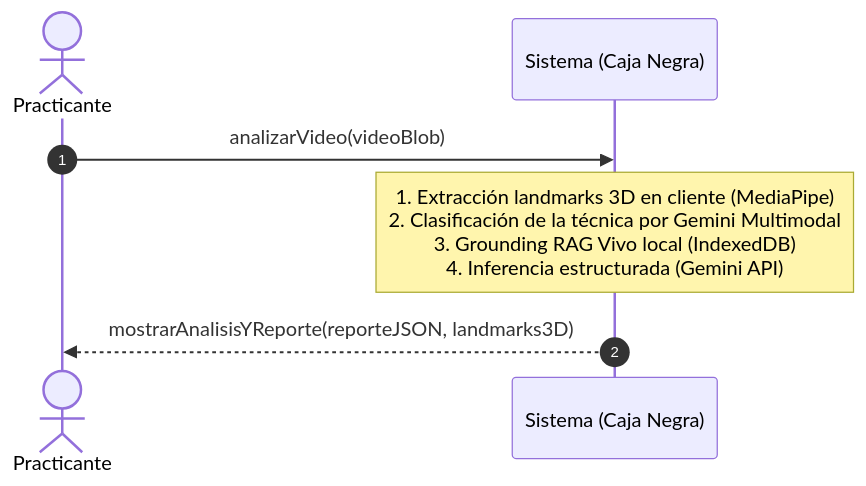
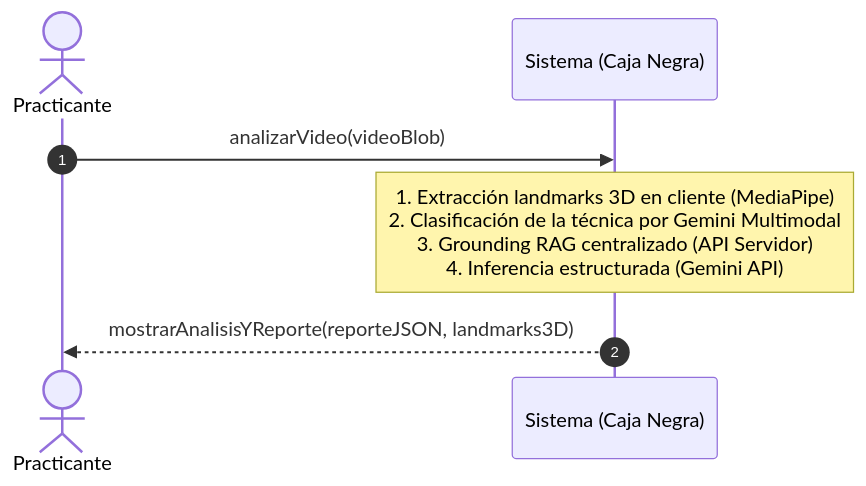
Before and after one commit to Tsmrain/Documentacion: the third of 11 diagrams in README.md, drawn with Mermaid. The commit also changed other lines of this file, not shown here.

Commit message:
refactor: migrate system architecture from client-side local RAG and IndexedDB to a centralized server-based model

````diff
--- a/README.md
+++ b/README.md
@@ -981,10 +936,11 @@
 ```mermaid
 sequenceDiagram
     autonumber
     actor Practicante
     participant Sistema as Sistema (Caja Negra)
     
     Practicante->>Sistema: analizarVideo(videoBlob)
-    Note over Sistema: 1. Extracción landmarks 3D en cliente (MediaPipe)<br/>2. Clasificación de la técnica por Gemini Multimodal<br/>3. Grounding RAG Vivo local (IndexedDB)<br/>4. Inferencia estructurada (Gemini API)
+    Note over Sistema: 1. Extracción landmarks 3D en cliente (MediaPipe)<br/>2. Clasificación de la técnica por Gemini Multimodal<br/>3. Grounding RAG centralizado (API Servidor)<br/>4. Inferencia estructurada (Gemini API)
+
     Sistema-->>Practicante: mostrarAnalisisYReporte(reporteJSON, landmarks3D)
 ```
````
